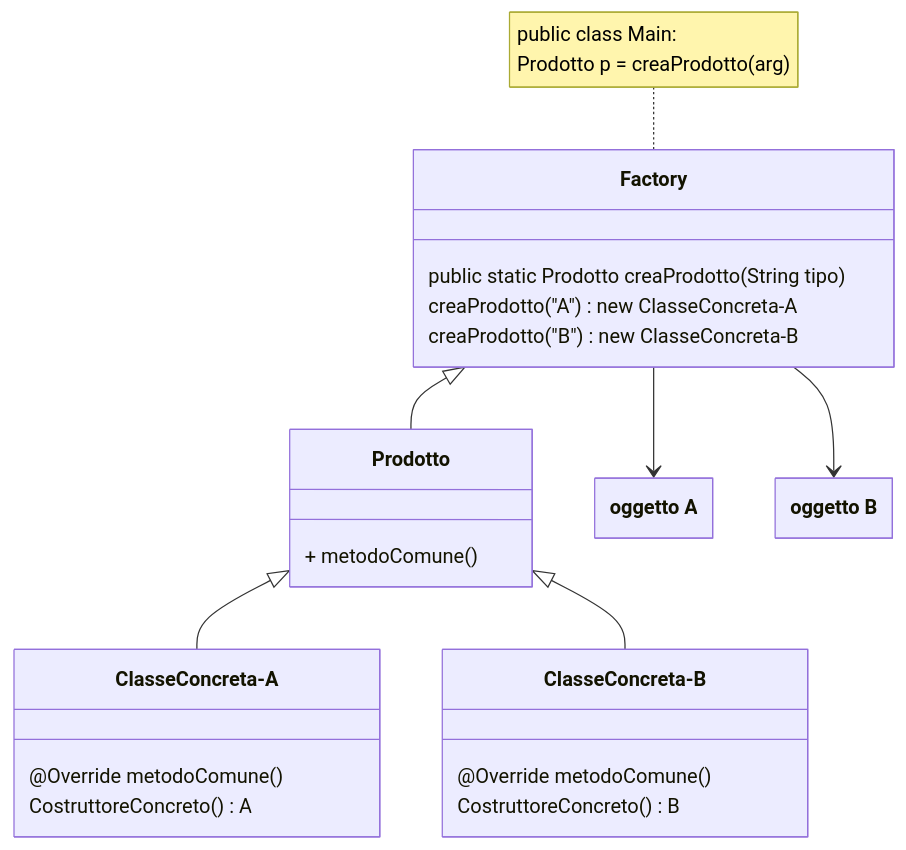
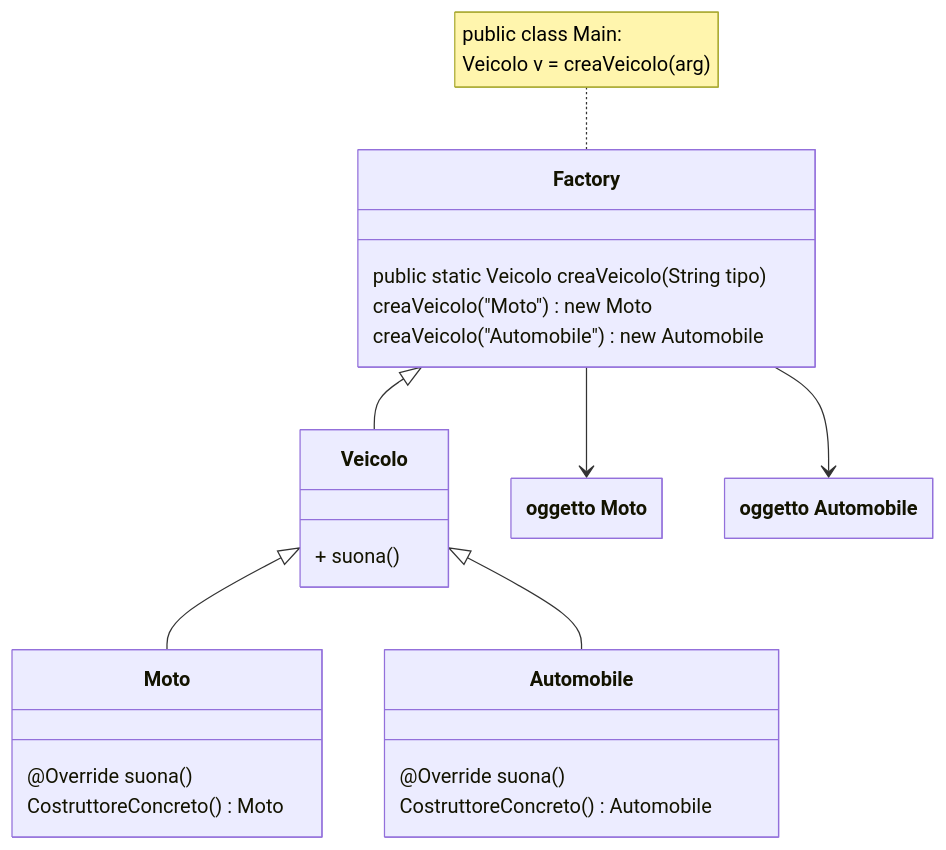
One commit to comarandr/comarandr.github.io changed the fifth of 12 diagrams in universita/oop.md. Above: the diagram before and after it, drawn with Mermaid. The commit also changed other lines of this file and 1 other file, not shown here.

````diff
--- a/universita/oop.md
+++ b/universita/oop.md
@@ -826,37 +826,37 @@
 ```mermaid
 ---
 config:
     class:
         hideEmptyMembersBox: true
 ---
 classDiagram
     note for Factory " public class Main: 
-     Prodotto p = creaProdotto(arg) "
+     Veicolo v = creaVeicolo(arg) "
 
-    class ClasseConcreta-A{
-        @Override metodoComune()
-        CostruttoreConcreto() A
+    class Moto{
+        @Override suona()
+        CostruttoreConcreto() Moto
     }
-    class ClasseConcreta-B{
-        @Override metodoComune()
-        CostruttoreConcreto() B
+    class Automobile{
+        @Override suona()
+        CostruttoreConcreto() Automobile
     }
     class Factory{ 
-        public static Prodotto creaProdotto(String tipo)
-        creaProdotto("A") new ClasseConcreta-A
-        creaProdotto("B") new ClasseConcreta-B
+        public static Veicolo creaVeicolo(String tipo)
+        creaVeicolo("Moto") new Moto
+        creaVeicolo("Automobile") new Automobile
     }
 
-    class Prodotto{
-        + metodoComune()
+    class Veicolo{
+        + suona()
     }
 
-    Factory <|-- Prodotto
-    Prodotto <|-- ClasseConcreta-A
-    Prodotto <|-- ClasseConcreta-B
-    Factory --> `oggetto A`
-    Factory --> `oggetto B`
+    Factory <|-- Veicolo
+    Veicolo <|-- Moto
+    Veicolo <|-- Automobile
+    Factory --> `oggetto Moto`
+    Factory --> `oggetto Automobile`
 
-    class `oggetto A`
-    class `oggetto B`
+    class `oggetto Moto`
+    class `oggetto Automobile`
 ```
````
